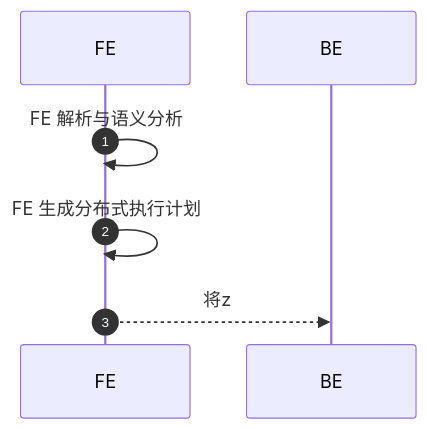
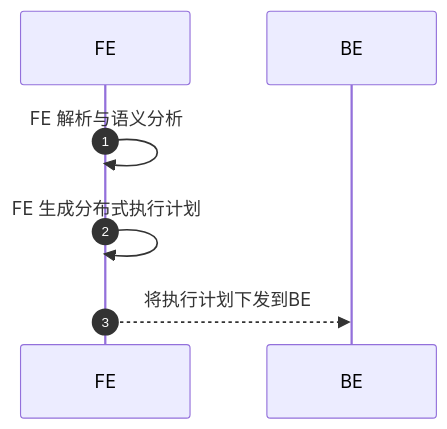
Before and after one commit to HY-10-8/iodraw-files: the diagram in all/Doris-写入数据.md, drawn with Mermaid.

Commit message:
2026-04-22 17:13:12 update

````diff
--- a/all/Doris-写入数据.md
+++ b/all/Doris-写入数据.md
@@ -1,11 +1,12 @@
 ```mermaid
 sequenceDiagram
     autonumber
 
     participant FE
     participant BE
 
     FE->>FE: FE 解析与语义分析
     FE->>FE: FE 生成分布式执行计划
-    FE-->>BE: 将z
+    FE-->>BE: 将执行计划下发到BE
+    
 ```
````
